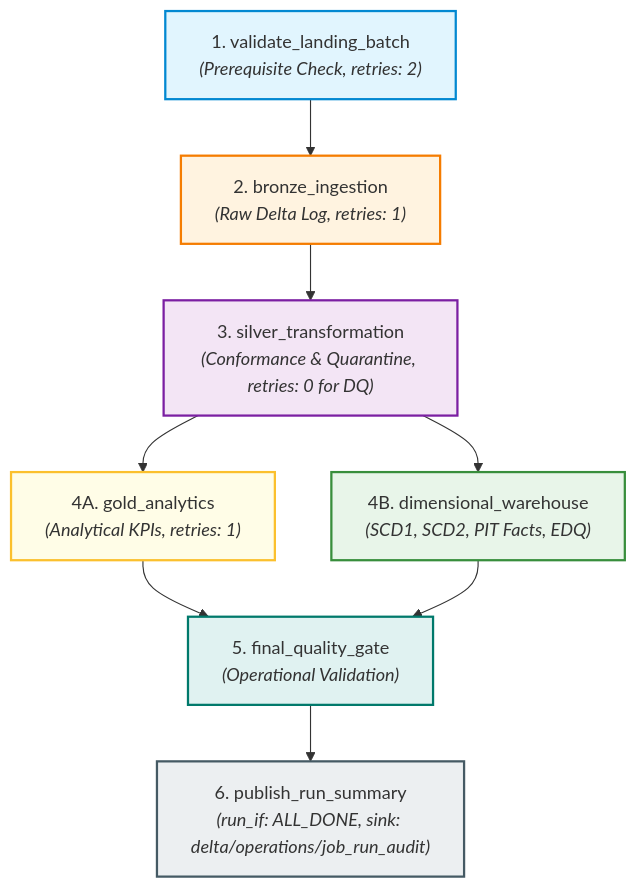
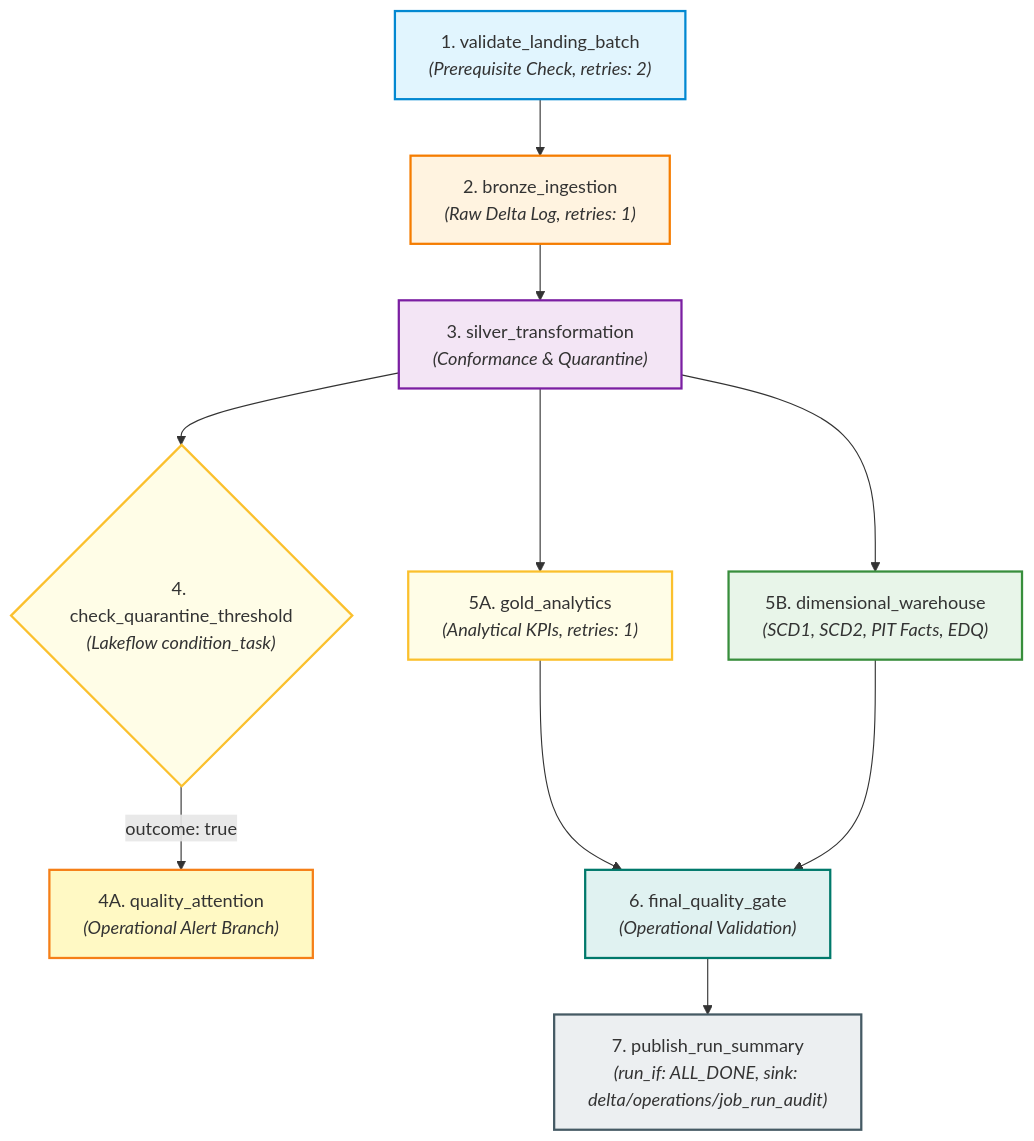
One commit to vijjureddy07/azure-lakehouse-data-platform changed the first of 2 diagrams in docs/08_LAKEFLOW_JOBS_ORCHESTRATION.md. Above: the diagram before and after it, drawn with Mermaid. The commit also changed other lines of this file and 22 other files, not shown here.

````diff
--- a/docs/08_LAKEFLOW_JOBS_ORCHESTRATION.md
+++ b/docs/08_LAKEFLOW_JOBS_ORCHESTRATION.md
@@ -27,18 +27,25 @@
 ```mermaid
 graph TD
     T1["1. validate_landing_batch<br/><i>(Prerequisite Check, retries: 2)</i>"] --> T2["2. bronze_ingestion<br/><i>(Raw Delta Log, retries: 1)</i>"]
-    T2 --> T3["3. silver_transformation<br/><i>(Conformance & Quarantine, retries: 0 for DQ)</i>"]
-    T3 --> T4A["4A. gold_analytics<br/><i>(Analytical KPIs, retries: 1)</i>"]
-    T3 --> T4B["4B. dimensional_warehouse<br/><i>(SCD1, SCD2, PIT Facts, EDQ)</i>"]
-    T4A --> T5["5. final_quality_gate<br/><i>(Operational Validation)</i>"]
-    T4B --> T5
-    T5 --> T6["6. publish_run_summary<br/><i>(run_if: ALL_DONE, sink: delta/operations/job_run_audit)</i>"]
+    T2 --> T3["3. silver_transformation<br/><i>(Conformance & Quarantine)</i>"]
+    
+    T3 --> C1{"4. check_quarantine_threshold<br/><i>(Lakeflow condition_task)</i>"}
+    C1 -->|outcome: true| T4A["4A. quality_attention<br/><i>(Operational Alert Branch)</i>"]
+    
+    T3 --> T5A["5A. gold_analytics<br/><i>(Analytical KPIs, retries: 1)</i>"]
+    T3 --> T5B["5B. dimensional_warehouse<br/><i>(SCD1, SCD2, PIT Facts, EDQ)</i>"]
+    
+    T5A --> T6["6. final_quality_gate<br/><i>(Operational Validation)</i>"]
+    T5B --> T6
+    T6 --> T7["7. publish_run_summary<br/><i>(run_if: ALL_DONE, sink: delta/operations/job_run_audit)</i>"]
 
     style T1 fill:#e1f5fe,stroke:#0288d1,stroke-width:2px;
     style T2 fill:#fff3e0,stroke:#f57c00,stroke-width:2px;
     style T3 fill:#f3e5f5,stroke:#7b1fa2,stroke-width:2px;
-    style T4A fill:#fffde7,stroke:#fbc02d,stroke-width:2px;
-    style T4B fill:#e8f5e9,stroke:#388e3c,stroke-width:2px;
-    style T5 fill:#e0f2f1,stroke:#00796b,stroke-width:2px;
-    style T6 fill:#eceff1,stroke:#455a64,stroke-width:2px;
+    style C1 fill:#fffde7,stroke:#fbc02d,stroke-width:2px;
+    style T4A fill:#fff9c4,stroke:#f57f17,stroke-width:2px;
+    style T5A fill:#fffde7,stroke:#fbc02d,stroke-width:2px;
+    style T5B fill:#e8f5e9,stroke:#388e3c,stroke-width:2px;
+    style T6 fill:#e0f2f1,stroke:#00796b,stroke-width:2px;
+    style T7 fill:#eceff1,stroke:#455a64,stroke-width:2px;
 ```
````
